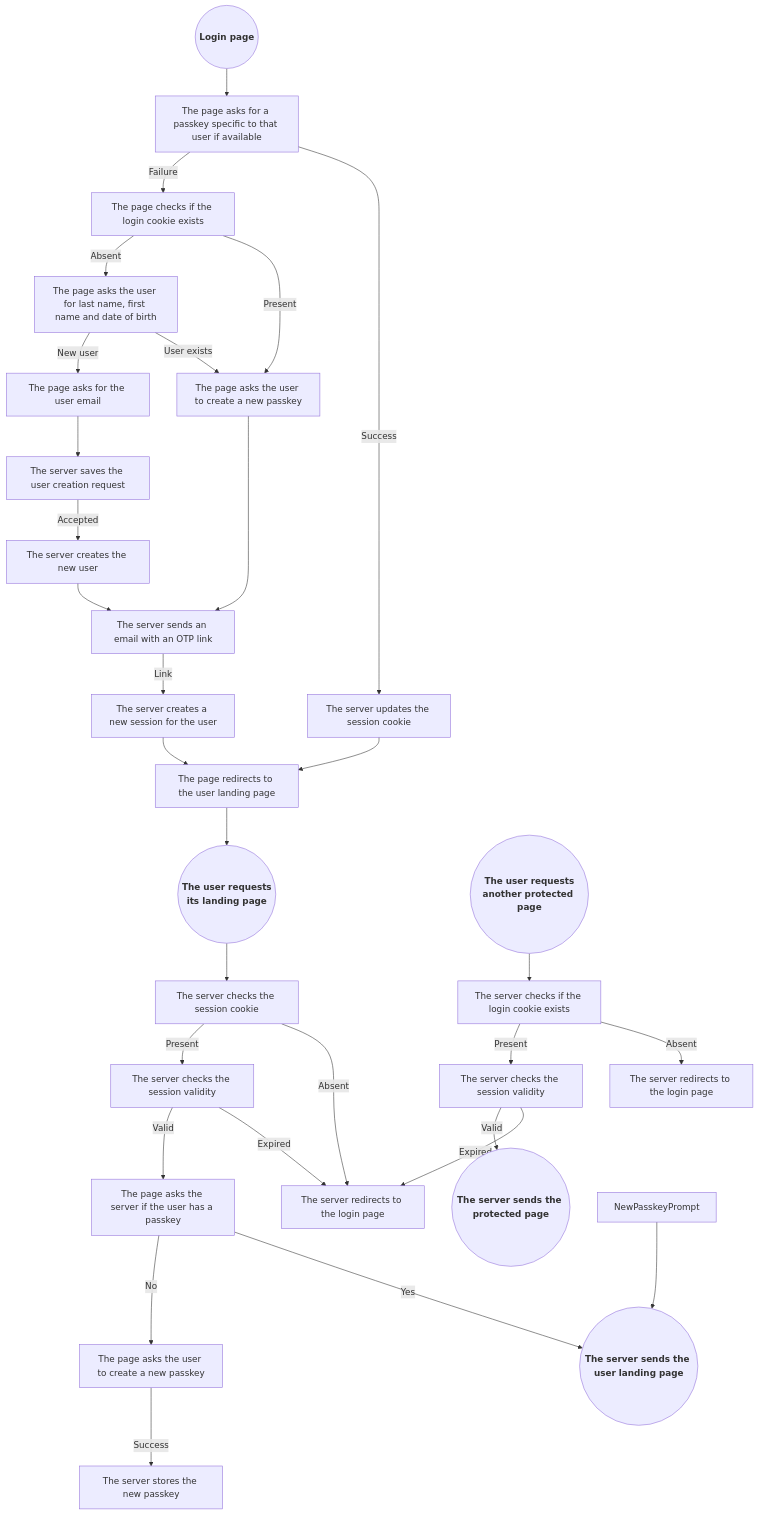
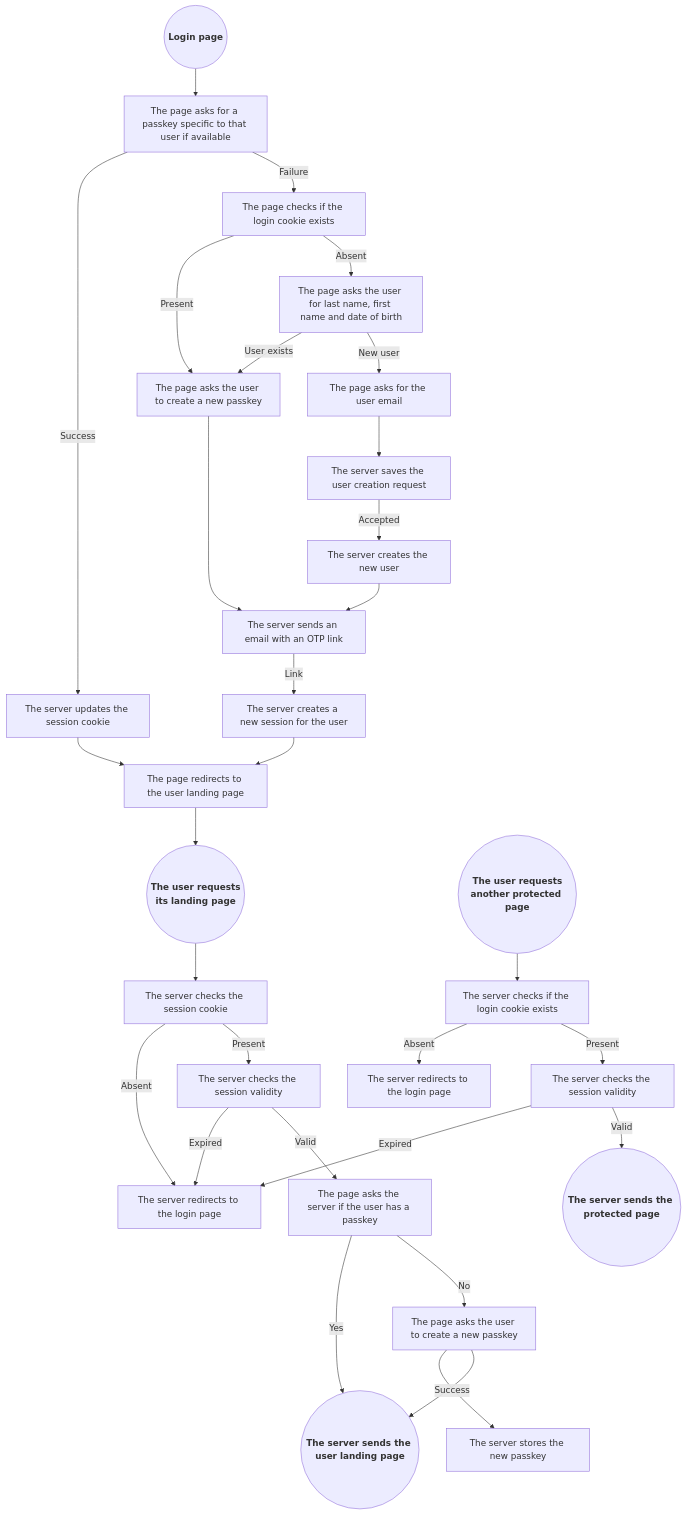
One commit to programingjd/tiered_server changed the diagram in README.md. Above: the diagram before and after it, drawn with Mermaid.

````diff
--- a/README.md
+++ b/README.md
@@ -123,39 +123,39 @@
 ```mermaid
 graph TD;
   UserLandingPageRequest(("<b>The user requests<br>its landing page</b>"))
   ProtectedPageRequest(("<b>The user requests<br>another protected page</b>"))
   LoginPageRequest(("<b>Login page</b>"))
   
   ProtectedPageRequest-->QueryCookie1[The server checks if the login cookie exists]
   QueryCookie1-->|Absent|LoginPageRedirect1[The server redirects to the login page]
   QueryCookie1-->|Present|CheckSessionValidity1[The server checks the session validity]
   CheckSessionValidity1-->|Expired|LoginPageRedirect
   CheckSessionValidity1-->|Valid|ProtectedPageResponse(("<b>The server sends the protected page<b>"))
 
   UserLandingPageRequest-->QueryCookie2[The server checks the session cookie]
   QueryCookie2--Absent-->LoginPageRedirect[The server redirects to the login page]
   QueryCookie2--Present-->CheckSessionValidity2[The server checks the session validity]
   CheckSessionValidity2-->|Expired|LoginPageRedirect
   CheckSessionValidity2-->|Valid|QueryExistingPasskey2[The page asks the server if the user has a passkey]
   QueryExistingPasskey2-->|Yes|UserLandingPageResponse(("<b>The server sends the user landing page<b>"))
   QueryExistingPasskey2-->|No|NewPasskeyPrompt2[The page asks the user to create a new passkey]
   NewPasskeyPrompt2-->|Success|NewPasskeyStore2[The server stores the new passkey]
-  NewPasskeyPrompt-->UserLandingPageResponse
+  NewPasskeyPrompt2-->UserLandingPageResponse
 
   LoginPageRequest-->QueryPasskey[The page asks for a passkey specific to that user if available]
   QueryPasskey-->|Success|SessionCookieUpdate[The server updates the session cookie]
   SessionCookieUpdate-->UserLandingPageRedirect[The page redirects to the user landing page]
   QueryPasskey-->|Failure|QueryCookie3[The page checks if the login cookie exists]
   QueryCookie3-->|Present|NewPasskeyPrompt3[The page asks the user to create a new passkey]
   QueryCookie3-->|Absent|UserForm[The page asks the user for last name, first name and date of birth]
   UserForm-->|User exists|NewPasskeyPrompt3
   NewPasskeyPrompt3-->EmailOTP[The server sends an email with an OTP link]
   EmailOTP-->|Link|NewSession[The server creates a new session for the user]
   NewSession-->UserLandingPageRedirect
   UserForm-->|New user|NewUser[The page asks for the user email]
   NewUser-->UserModeration[The server saves the user creation request]
   UserModeration-->|Accepted|UserCreation[The server creates the new user]
   UserCreation-->EmailOTP
   
   UserLandingPageRedirect-->UserLandingPageRequest
 ```
````
